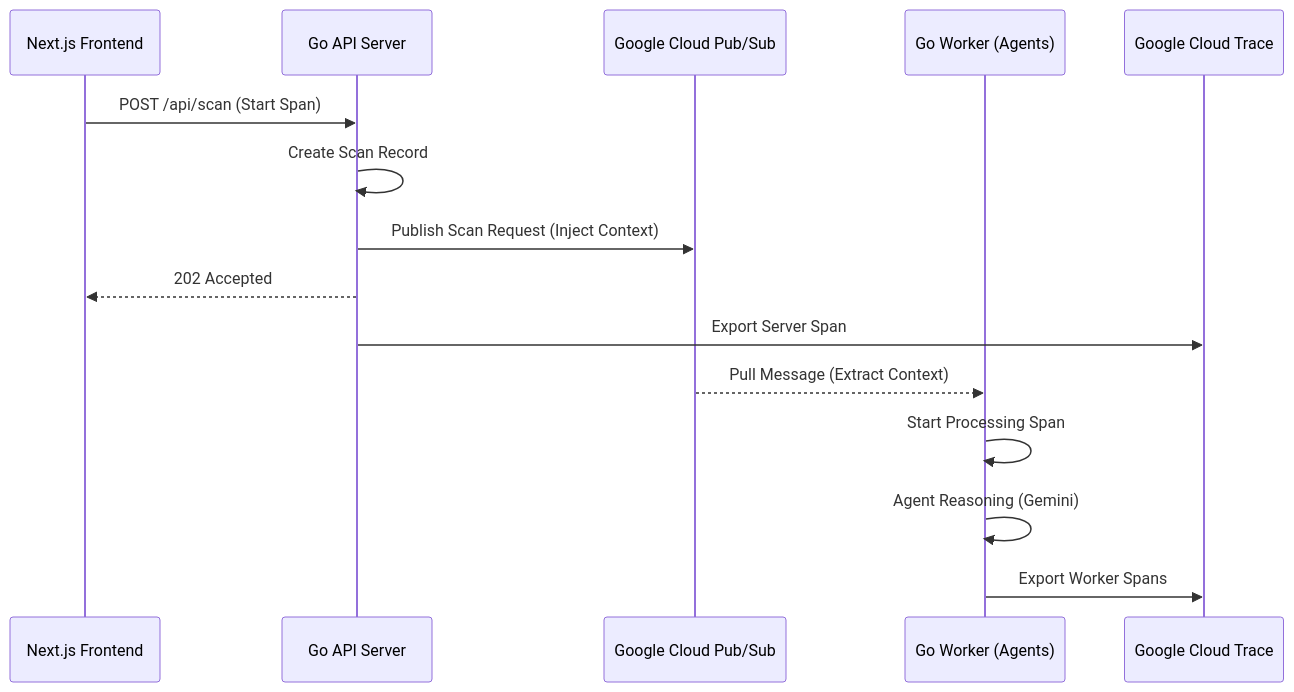
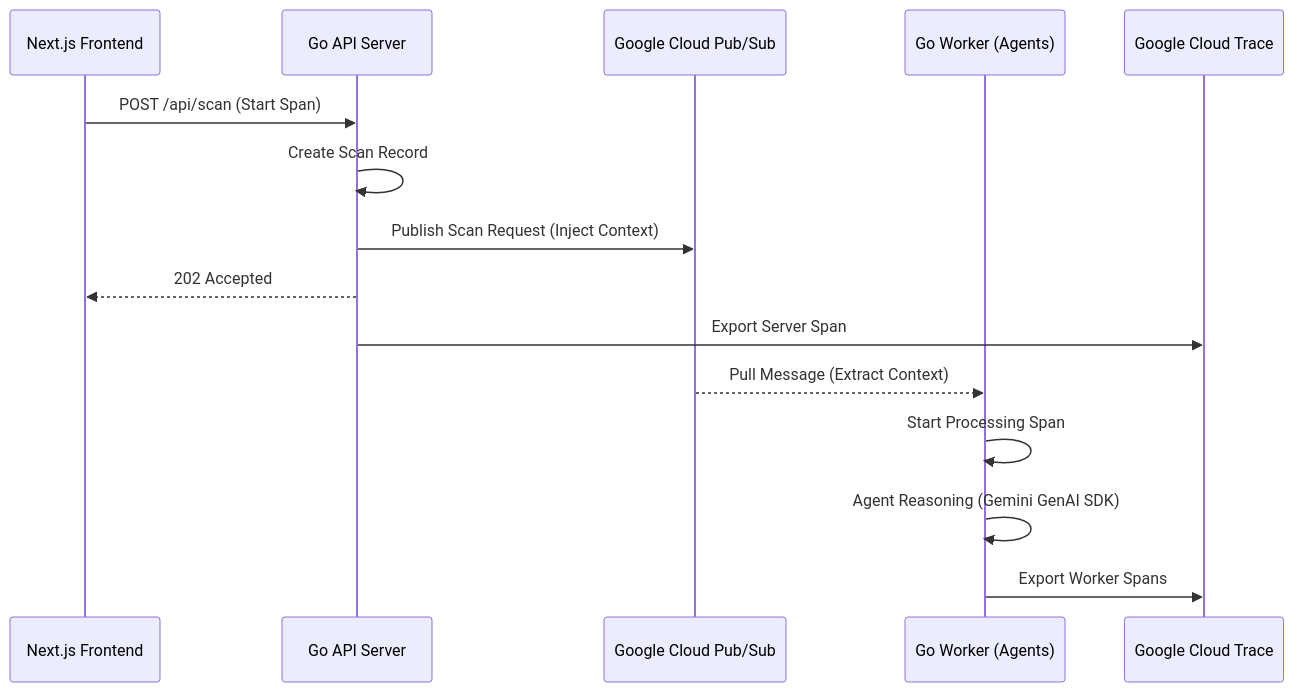
Before and after one commit to iuriikogan/Audit-Agent: the second of 3 diagrams in ARCHITECTURE.md, drawn with Mermaid. The commit also changed other lines of this file and 31 other files, not shown here.

````diff
--- a/ARCHITECTURE.md
+++ b/ARCHITECTURE.md
@@ -49,19 +49,19 @@
 ```mermaid
 sequenceDiagram
     participant Browser as Next.js Frontend
     participant Server as Go API Server
     participant PubSub as Google Cloud Pub/Sub
     participant Worker as Go Worker (Agents)
     participant Trace as Google Cloud Trace
 
     Browser->>Server: POST /api/scan (Start Span)
     Server->>Server: Create Scan Record
     Server->>PubSub: Publish Scan Request (Inject Context)
     Server-->>Browser: 202 Accepted
     Server->>Trace: Export Server Span
 
     PubSub-->>Worker: Pull Message (Extract Context)
     Worker->>Worker: Start Processing Span
-    Worker->>Worker: Agent Reasoning (Gemini)
+    Worker->>Worker: Agent Reasoning (Gemini GenAI SDK)
     Worker->>Trace: Export Worker Spans
 ```
````
